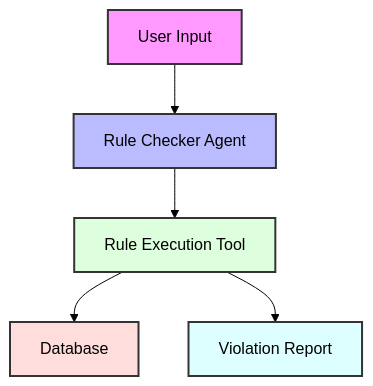
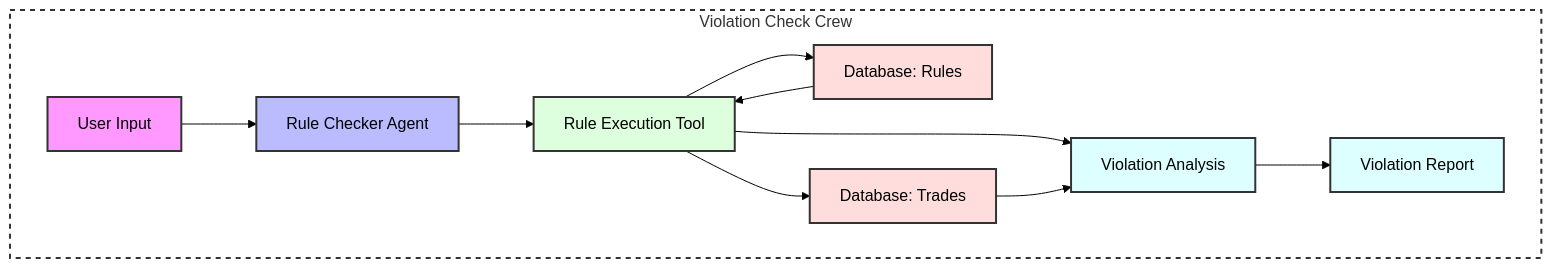
One commit to wrdhall3/data-quality-agentic-crew-ai changed the second of 3 diagrams in README.md. Above: the diagram before and after it, drawn with Mermaid (forest theme). The commit also changed other lines of this file, not shown here.

````diff
--- a/README.md
+++ b/README.md
@@ -116,13 +124,24 @@
 ```mermaid
 graph TD
-    A[User Input] --> B[Rule Checker Agent]
-    B --> C[Rule Execution Tool]
-    C --> D[Database]
-    C --> E[Violation Report]
+    subgraph Crew[Violation Check Crew]
+        A[User Input] --> B[Rule Checker Agent]
+        B --> C[Rule Execution Tool]
+        C --> D[Database: Rules]
+        C --> E[Database: Trades]
+        C --> F[Violation Analysis]
+        F --> G[Violation Report]
+        
+        %% Additional flows
+        D --> C
+        E --> F
+    end
     
     style A fill:#f9f,stroke:#333,stroke-width:2px
     style B fill:#bbf,stroke:#333,stroke-width:2px
     style C fill:#dfd,stroke:#333,stroke-width:2px
     style D fill:#fdd,stroke:#333,stroke-width:2px
-    style E fill:#dff,stroke:#333,stroke-width:2px
+    style E fill:#fdd,stroke:#333,stroke-width:2px
+    style F fill:#dff,stroke:#333,stroke-width:2px
+    style G fill:#dff,stroke:#333,stroke-width:2px
+    style Crew fill:#fff,stroke:#333,stroke-width:2px,stroke-dasharray: 5 5
 ```
````
